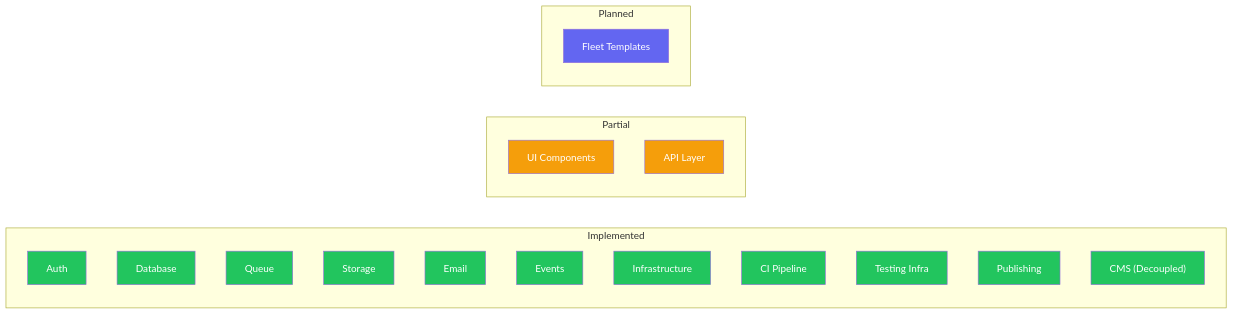
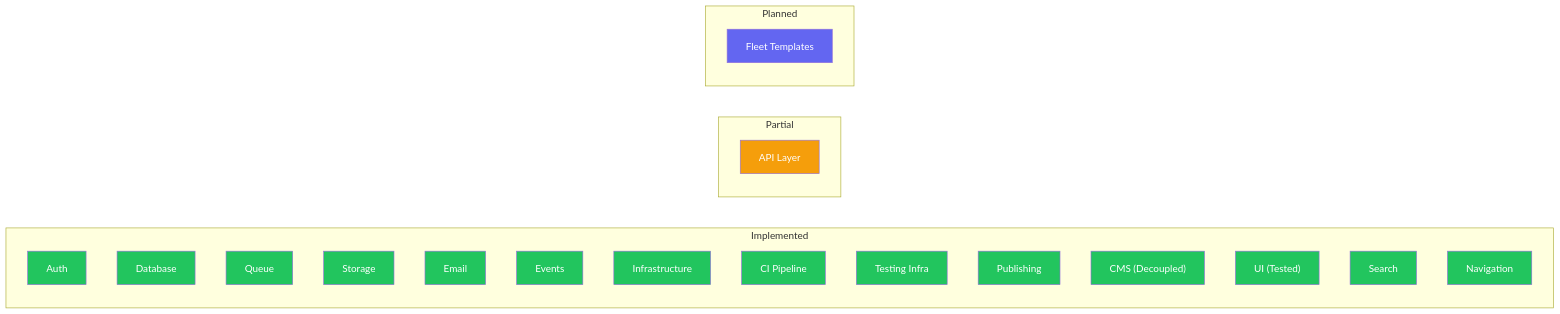
The first of 6 diagrams in docs/product-roadmap/README.md (jbejenar/ripple-next), drawn with Mermaid before and after one commit. The commit also changed other lines of this file and 32 other files, not shown here.

First line of the commit message:
feat: implement roadmap items RN-018, RN-019, RN-030, RN-031 + docs uplift

````diff
--- a/docs/product-roadmap/README.md
+++ b/docs/product-roadmap/README.md
@@ -45,38 +50,42 @@
 ```mermaid
 graph LR
     subgraph Implemented
         AUTH[Auth]
         DB[Database]
         QUEUE[Queue]
         STORAGE[Storage]
         EMAIL[Email]
         EVENTS[Events]
         INFRA[Infrastructure]
         CI[CI Pipeline]
         TEST[Testing Infra]
         PUB[Publishing]
         CMS["CMS (Decoupled)"]
+        UI["UI (Tested)"]
+        SEARCH[Search]
+        NAV[Navigation]
     end
     subgraph Partial
-        UI[UI Components]
         API[API Layer]
     end
     subgraph Planned
         FLEET[Fleet Templates]
     end
 
     style AUTH fill:#22c55e,color:#fff
     style DB fill:#22c55e,color:#fff
     style QUEUE fill:#22c55e,color:#fff
     style STORAGE fill:#22c55e,color:#fff
     style EMAIL fill:#22c55e,color:#fff
     style EVENTS fill:#22c55e,color:#fff
     style INFRA fill:#22c55e,color:#fff
     style CI fill:#22c55e,color:#fff
     style TEST fill:#22c55e,color:#fff
     style PUB fill:#22c55e,color:#fff
     style CMS fill:#22c55e,color:#fff
-    style UI fill:#f59e0b,color:#fff
+    style UI fill:#22c55e,color:#fff
+    style SEARCH fill:#22c55e,color:#fff
+    style NAV fill:#22c55e,color:#fff
     style API fill:#f59e0b,color:#fff
     style FLEET fill:#6366f1,color:#fff
 ```
````
